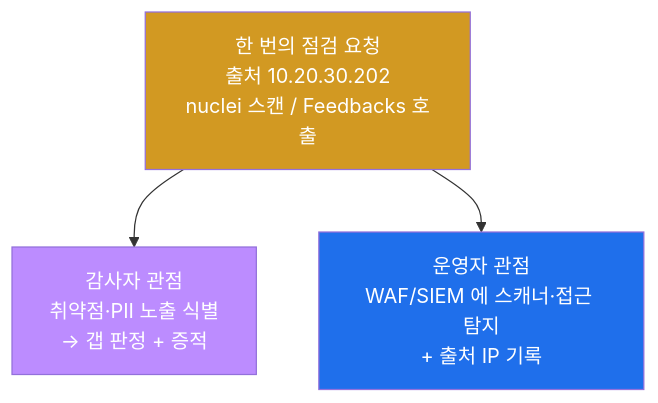
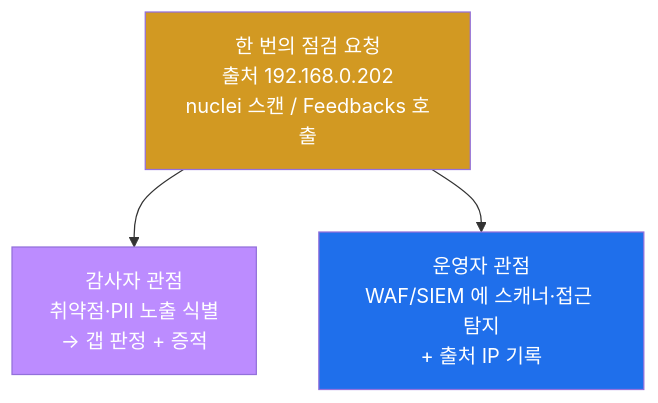
Diagram 12 of 14 in contents/training/compliance/lecture_week15.md (mrgrit/tw2), drawn with Mermaid before and after one commit. The commit also changed other lines of this file and 29 other files, not shown here.

````diff
--- a/contents/training/compliance/lecture_week15.md
+++ b/contents/training/compliance/lecture_week15.md
@@ -598,11 +599,11 @@
 ```mermaid
 graph TD
-    REQ["한 번의 점검 요청<br/>출처 10.20.30.202<br/>nuclei 스캔 / Feedbacks 호출"]
+    REQ["한 번의 점검 요청<br/>출처 192.168.0.202<br/>nuclei 스캔 / Feedbacks 호출"]
     AUD["감사자 관점<br/>취약점·PII 노출 식별<br/>→ 갭 판정 + 증적"]
     OPS["운영자 관점<br/>WAF/SIEM 에 스캐너·접근 탐지<br/>+ 출처 IP 기록"]
     REQ --> AUD
     REQ --> OPS
     style REQ fill:#d29922,color:#fff
     style AUD fill:#bc8cff,color:#fff
     style OPS fill:#1f6feb,color:#fff
 ```
````
